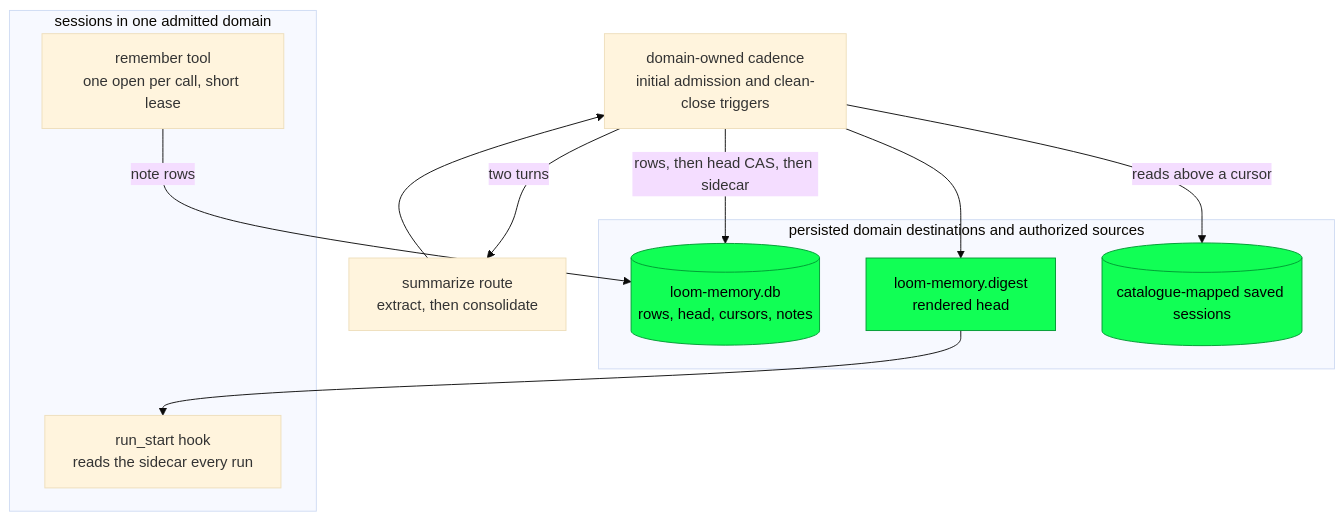
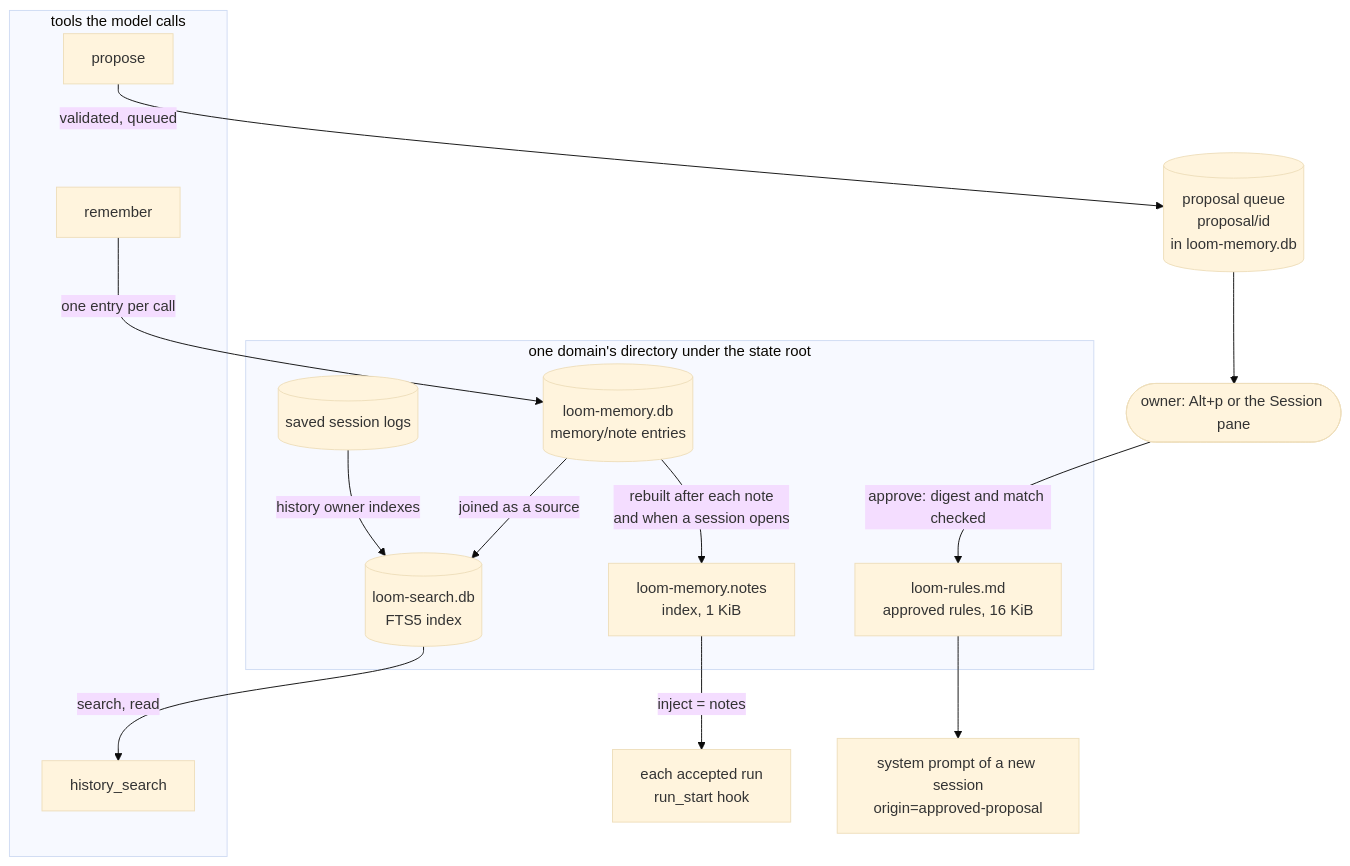
The diagram in docs/architecture/memory.md (Roasbeef/loom), drawn with Mermaid (base theme) before and after one commit. The commit also changed other lines of this file and 29 other files, not shown here.

````diff
--- a/docs/architecture/memory.md
+++ b/docs/architecture/memory.md
@@ -27,27 +421,32 @@
 ```mermaid
 flowchart TB
-    subgraph session["sessions in one admitted domain"]
-        REM["remember tool<br/>one open per call, short lease"]
-        HOOK["run_start hook<br/>reads the sidecar every run"]
+    subgraph model["tools the model calls"]
+        HS["history_search"]
+        RM["remember"]
+        PR["propose"]
     end
 
-    PASS["domain-owned cadence<br/>initial admission and clean-close triggers"]
-    subgraph store["persisted domain destinations and authorized sources"]
-        DB[("loom-memory.db<br/>rows, head, cursors, notes")]
-        SIDE["loom-memory.digest<br/>rendered head"]
-        SRC[("catalogue-mapped saved sessions")]
+    subgraph domain["one domain's directory under the state root"]
+        LOG[("saved session logs")]
+        IDX[("loom-search.db<br/>FTS5 index")]
+        MEM[("loom-memory.db<br/>memory/note entries")]
+        NOTES["loom-memory.notes<br/>index, 1 KiB"]
+        RULES["loom-rules.md<br/>approved rules, 16 KiB"]
     end
 
-    MODEL["summarize route<br/>extract, then consolidate"]
+    Q[("proposal queue<br/>proposal/id<br/>in loom-memory.db")]
+    OWNER(["owner: Alt+p or the Session pane"])
+    RUN["each accepted run<br/>run_start hook"]
+    PROMPT["system prompt of a new session<br/>origin=approved-proposal"]
 
-    REM -- "note rows" --> DB
-    PASS -- "reads above a cursor" --> SRC
-    PASS -- "two turns" --> MODEL
-    MODEL --> PASS
-    PASS -- "rows, then head CAS, then sidecar" --> DB
-    PASS --> SIDE
-    SIDE --> HOOK
-
-    classDef durable fill:#1f5,stroke:#093,color:#000;
-    class DB,SIDE,SRC durable
+    LOG -- "history owner indexes" --> IDX
+    MEM -- "joined as a source" --> IDX
+    IDX -- "search, read" --> HS
+    RM -- "one entry per call" --> MEM
+    MEM -- "rebuilt after each note<br/>and when a session opens" --> NOTES
+    NOTES -- "inject = notes" --> RUN
+    PR -- "validated, queued" --> Q
+    Q --> OWNER
+    OWNER -- "approve: digest and match checked" --> RULES
+    RULES --> PROMPT
 ```
````
